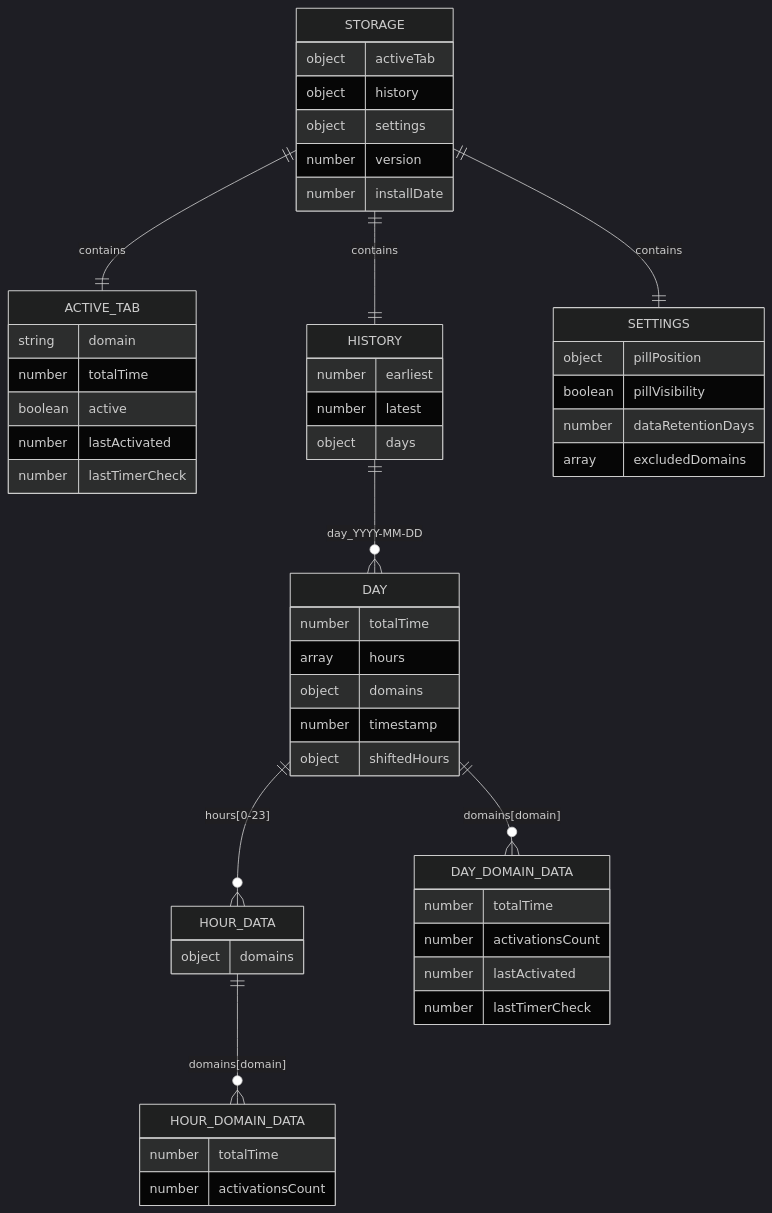
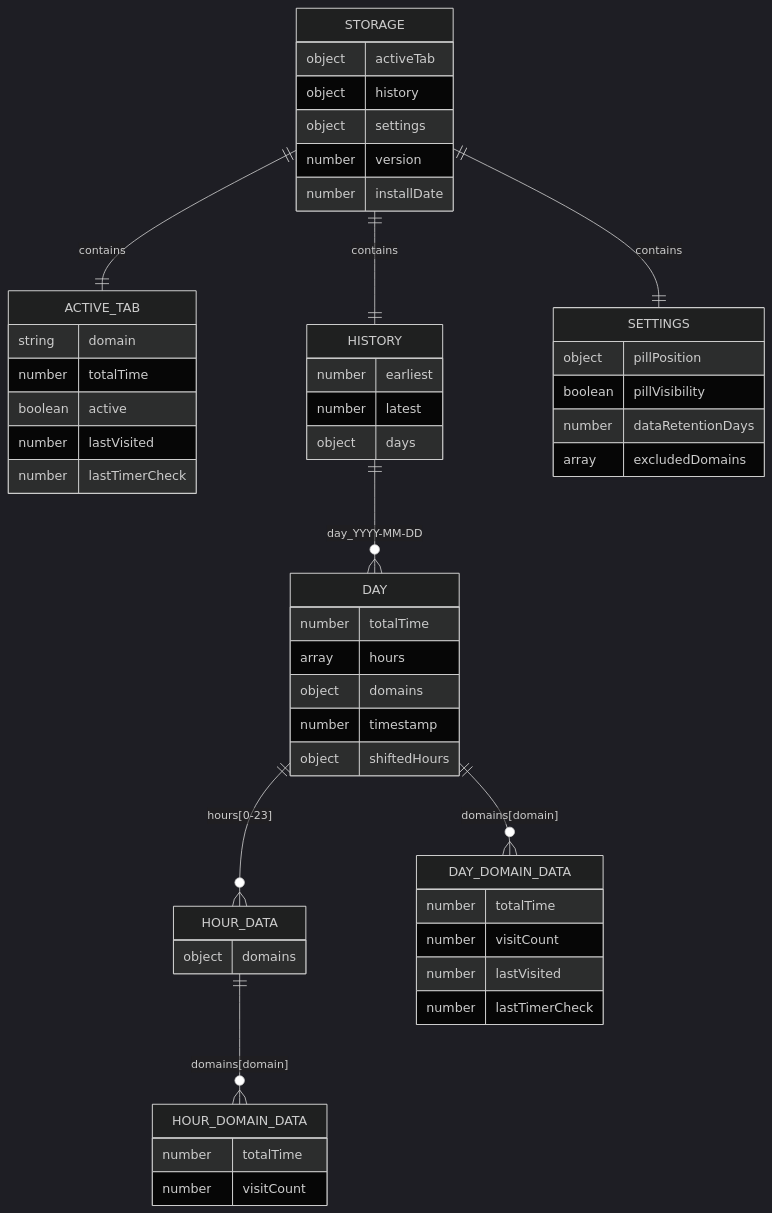
One commit to JayDosunmu/web-time-tracker changed the fifth of 9 diagrams in docs/architecture-dataflow.md. Above: the diagram before and after it, drawn with Mermaid (dark theme). The commit also changed other lines of this file and 5 other files, not shown here.

````diff
--- a/docs/architecture-dataflow.md
+++ b/docs/architecture-dataflow.md
@@ -213,62 +213,62 @@
 ```mermaid
 erDiagram
     STORAGE {
         object activeTab
         object history
         object settings
         number version
         number installDate
     }
 
     STORAGE ||--|| ACTIVE_TAB : contains
     ACTIVE_TAB {
         string domain
         number totalTime
         boolean active
-        number lastActivated
+        number lastVisited
         number lastTimerCheck
     }
 
     STORAGE ||--|| HISTORY : contains
     HISTORY {
         number earliest
         number latest
         object days
     }
 
     HISTORY ||--o{ DAY : "day_YYYY-MM-DD"
     DAY {
         number totalTime
         array hours
         object domains
         number timestamp
         object shiftedHours
     }
 
     DAY ||--o{ HOUR_DATA : "hours[0-23]"
     HOUR_DATA {
         object domains
     }
 
     HOUR_DATA ||--o{ HOUR_DOMAIN_DATA : "domains[domain]"
     HOUR_DOMAIN_DATA {
         number totalTime
-        number activationsCount
+        number visitCount
     }
 
     DAY ||--o{ DAY_DOMAIN_DATA : "domains[domain]"
     DAY_DOMAIN_DATA {
         number totalTime
-        number activationsCount
-        number lastActivated
+        number visitCount
+        number lastVisited
         number lastTimerCheck
     }
 
     STORAGE ||--|| SETTINGS : contains
     SETTINGS {
         object pillPosition
         boolean pillVisibility
         number dataRetentionDays
         array excludedDomains
     }
 ```
````
